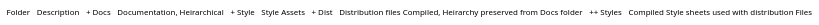
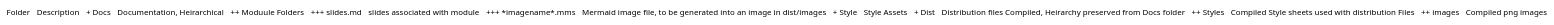
One commit to brian-jones-mt/quality-tree-module changed the diagram in agents.md. Above: the diagram before and after it, drawn with PlantUML. The commit also changed 13 other files, not shown here.

````diff
--- a/agents.md
+++ b/agents.md
@@ -11,11 +11,15 @@
 ```plantuml, id="FolderDiagram",  
 @startsalt
 {{T
 |+Folder| Description|
 |+ Docs| Documentation, Heirarchical|
+|++ Moduule Folders| |
+|+++ slides.md| slides associated with module|
+|+++ *imagename*.mms| Mermaid image file, to be generated into an image in dist/images|
 |+ Style| Style Assets|
 |+ Dist| Distribution files Compiled, Heirarchy preserved from Docs folder|
 |++ Styles| Compiled Style sheets used with distribution Files|
+|++ images| Compiled png images |
 }}
 @endsalt
 ```
````
